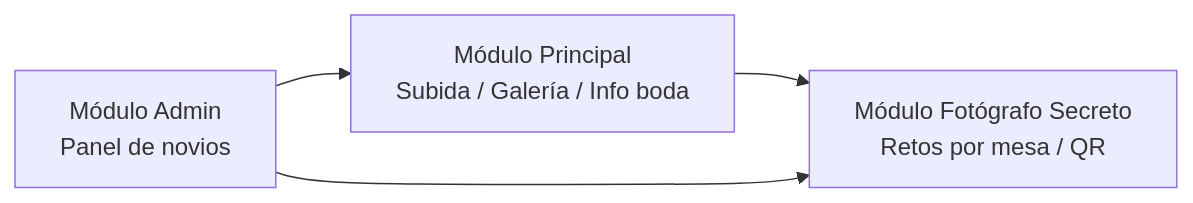
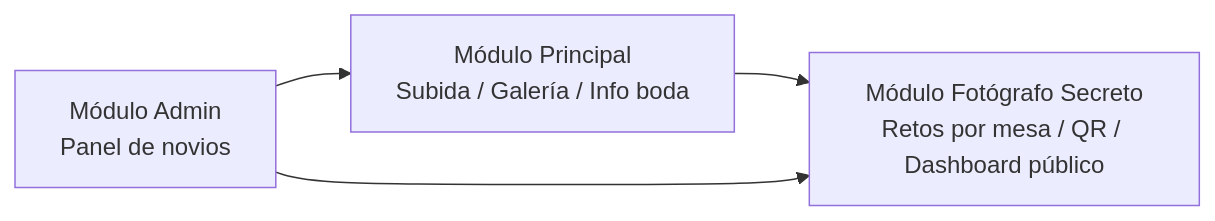
Before and after one commit to juniornff/wedding-photo-manager: the second of 12 diagrams in README.md, drawn with Mermaid. The commit also changed other lines of this file and 3 other files, not shown here.

````diff
--- a/README.md
+++ b/README.md
@@ -62,10 +64,10 @@
 ```mermaid
 graph LR
     MAIN[Módulo Principal<br/>Subida / Galería / Info boda]
-    FS[Módulo Fotógrafo Secreto<br/>Retos por mesa / QR]
+    FS[Módulo Fotógrafo Secreto<br/>Retos por mesa / QR / Dashboard público]
     ADMIN[Módulo Admin<br/>Panel de novios]
 
     MAIN --> FS
     ADMIN --> MAIN
     ADMIN --> FS
 ```
````
